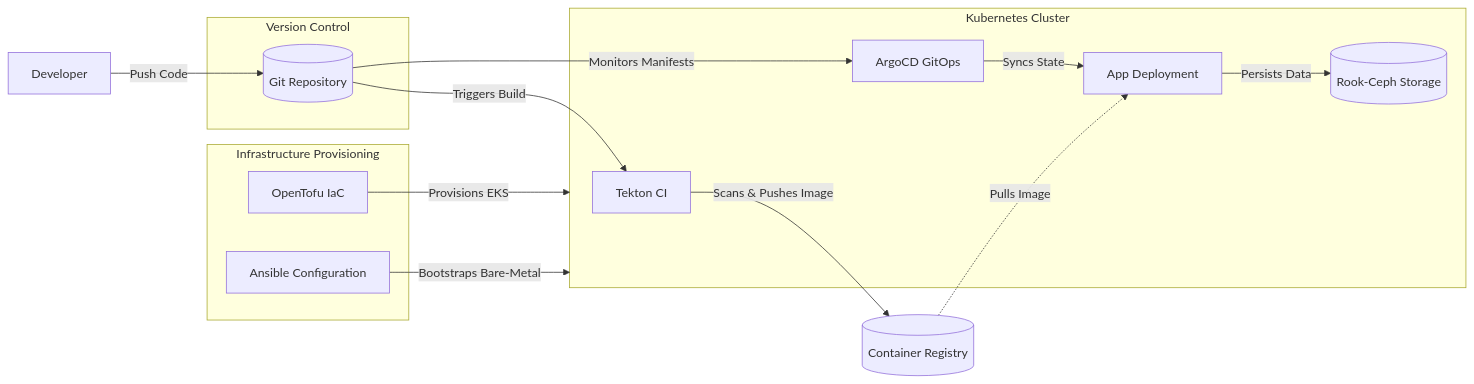
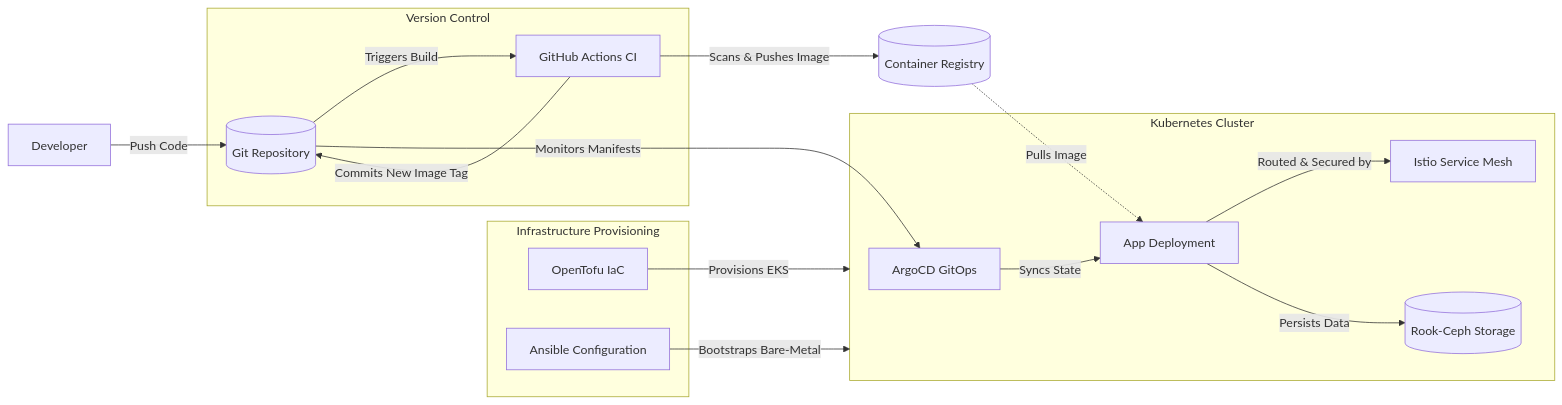
One commit to ygtersln/cloud-native-devops-blueprint changed the diagram in README.md. Above: the diagram before and after it, drawn with Mermaid. The commit also changed other lines of this file and 14 other files, not shown here.

Commit message:
refactor: upgrade to enterprise standards (github actions, istio, calico, kustomize overlays)

````diff
--- a/README.md
+++ b/README.md
@@ -20,31 +20,34 @@
 ```mermaid
 graph LR
     subgraph Provisioning [Infrastructure Provisioning]
         Tofu[OpenTofu IaC]
         Ansible[Ansible Configuration]
     end
 
     subgraph VersionControl [Version Control]
         Git[(Git Repository)]
+        GHA[GitHub Actions CI]
     end
     
     subgraph K8s [Kubernetes Cluster]
-        Tekton[Tekton CI]
         ArgoCD[ArgoCD GitOps]
         App[App Deployment]
+        Istio[Istio Service Mesh]
         Ceph[(Rook-Ceph Storage)]
     end
     
     Dev[Developer] -->|Push Code| Git
     Tofu -->|Provisions EKS| K8s
     Ansible -->|Bootstraps Bare-Metal| K8s
     
-    Git -->|Triggers Build| Tekton
-    Tekton -->|Scans & Pushes Image| Registry[(Container Registry)]
+    Git -->|Triggers Build| GHA
+    GHA -->|Scans & Pushes Image| Registry[(Container Registry)]
+    GHA -->|Commits New Image Tag| Git
     
     Git -->|Monitors Manifests| ArgoCD
     ArgoCD -->|Syncs State| App
     Registry -.->|Pulls Image| App
     
+    App -->|Routed & Secured by| Istio
     App -->|Persists Data| Ceph
 ```
````
